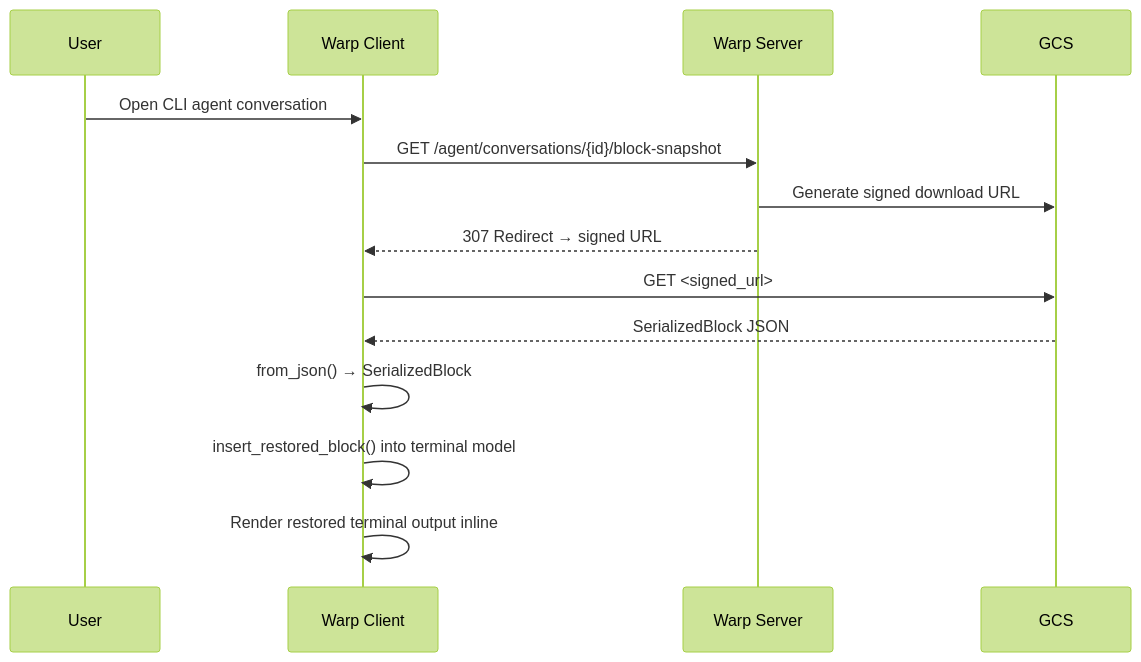
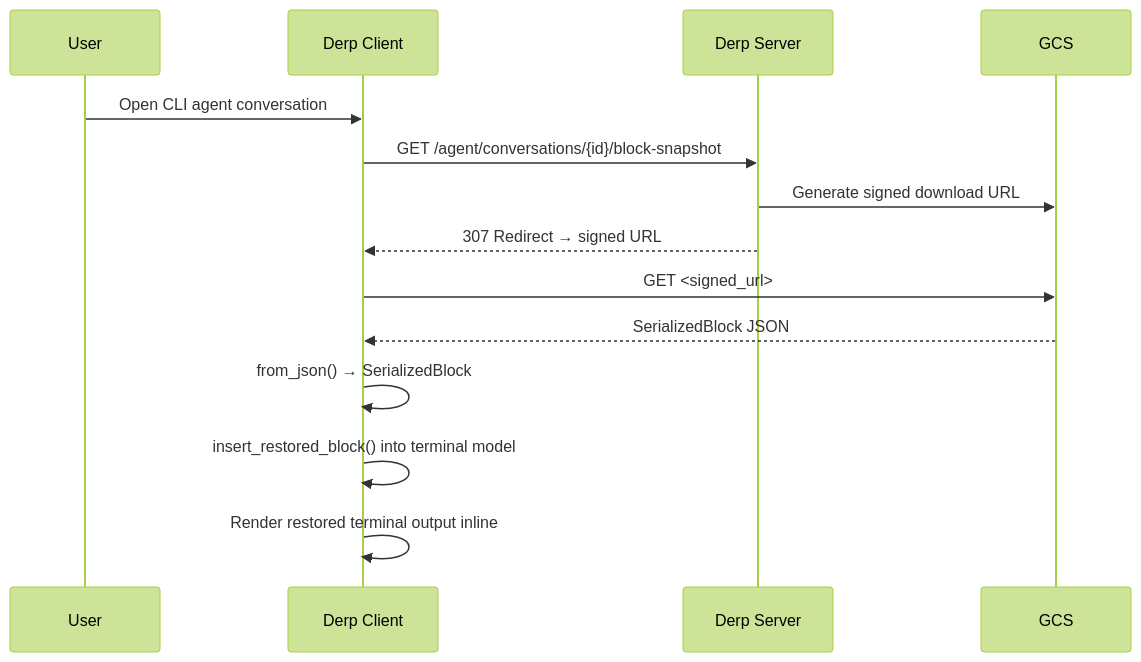
One commit to antikrust/krust-terminal changed the third of 3 diagrams in specs/REMOTE-1332/TECH.md. Above: the diagram before and after it, drawn with Mermaid (forest theme). The commit also changed other lines of this file and 9069 other files, not shown here.

First line of the commit message:
Rebrand Warp -> Derp; vendor and disconnect all external deps

````diff
--- a/specs/REMOTE-1332/TECH.md
+++ b/specs/REMOTE-1332/TECH.md
@@ -313,17 +313,17 @@
 ```mermaid
 sequenceDiagram
     participant User as User
-    participant Client as Warp Client
-    participant Server as Warp Server
+    participant Client as Derp Client
+    participant Server as Derp Server
     participant GCS as GCS
 
     User->>Client: Open CLI agent conversation
     Client->>Server: GET /agent/conversations/{id}/block-snapshot
     Server->>GCS: Generate signed download URL
     Server-->>Client: 307 Redirect → signed URL
     Client->>GCS: GET <signed_url>
     GCS-->>Client: SerializedBlock JSON
     Client->>Client: from_json() → SerializedBlock
     Client->>Client: insert_restored_block() into terminal model
     Client->>Client: Render restored terminal output inline
 ```
````
